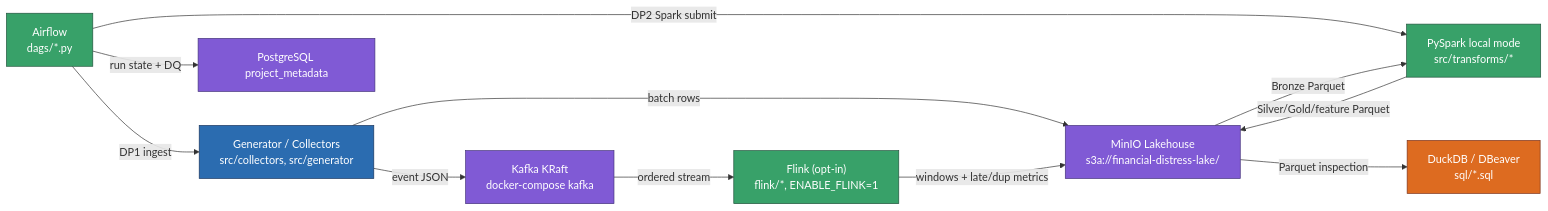
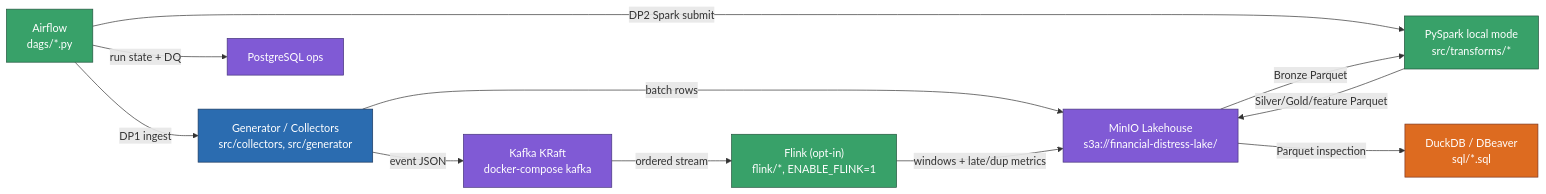
One commit to emanhthangngot/Financial-Distress-Data changed the diagram in docs/architecture/subsystem-01-lakehouse.mmd. Above: the diagram before and after it, drawn with Mermaid. The commit also changed 375 other files, not shown here.

```diff
--- a/docs/architecture/subsystem-01-lakehouse.mmd
+++ b/docs/architecture/subsystem-01-lakehouse.mmd
@@ -1,28 +1,28 @@
-%% Subsystem 1 — Phase 1 lakehouse. Nodes name real deployables from
+%% Subsystem 1 — the platform lakehouse. Nodes name real deployables from
 %% docker-compose.yml, src/collectors, src/streaming, src/transforms, dags/.
 flowchart LR
     classDef edge fill:#2b6cb0,stroke:#1a365d,color:#fff
     classDef service fill:#38a169,stroke:#22543d,color:#fff
     classDef store fill:#805ad5,stroke:#44337a,color:#fff
     classDef model fill:#d69e2e,stroke:#744210,color:#fff
     classDef result fill:#dd6b20,stroke:#7b341e,color:#fff
 
     GEN["Generator / Collectors<br/>src/collectors, src/generator"]:::edge
     KAFKA["Kafka KRaft<br/>docker-compose kafka"]:::store
     AIRFLOW["Airflow<br/>dags/*.py"]:::service
     SPARK["PySpark local mode<br/>src/transforms/*"]:::service
     FLINK["Flink (opt-in)<br/>flink/*, ENABLE_FLINK=1"]:::service
     MINIO["MinIO Lakehouse<br/>s3a://financial-distress-lake/"]:::store
-    POSTGRES["PostgreSQL project_metadata"]:::store
+    POSTGRES["PostgreSQL ops"]:::store
     DUCKDB["DuckDB / DBeaver<br/>sql/*.sql"]:::result
 
     GEN -->|"batch rows"| MINIO
     GEN -->|"event JSON"| KAFKA
     AIRFLOW -->|"DP1 ingest"| GEN
     KAFKA -->|"ordered stream"| FLINK
     FLINK -->|"windows + late/dup metrics"| MINIO
     AIRFLOW -->|"DP2 Spark submit"| SPARK
     MINIO -->|"Bronze Parquet"| SPARK
     SPARK -->|"Silver/Gold/feature Parquet"| MINIO
     AIRFLOW -->|"run state + DQ"| POSTGRES
     MINIO -->|"Parquet inspection"| DUCKDB
```
